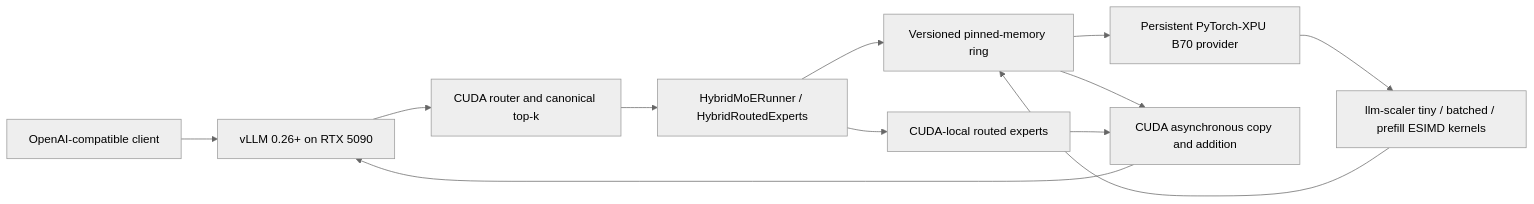
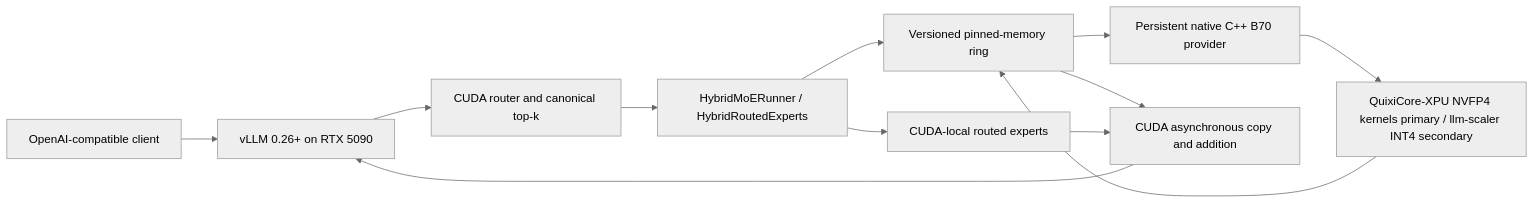
One commit to SRSWTI/shooting-brake changed the diagram in README.md. Above: the diagram before and after it, drawn with Mermaid (neutral theme). The commit also changed other lines of this file and 11 other files, not shown here.

````diff
--- a/README.md
+++ b/README.md
@@ -11,14 +11,14 @@
 ```mermaid
 flowchart LR
     Client[OpenAI-compatible client] --> V[vLLM 0.26+ on RTX 5090]
     V --> R[CUDA router and canonical top-k]
     R --> H[HybridMoERunner / HybridRoutedExperts]
     H --> C[CUDA-local routed experts]
     H --> Ring[Versioned pinned-memory ring]
-    Ring --> P[Persistent PyTorch-XPU B70 provider]
-    P --> K[llm-scaler tiny / batched / prefill ESIMD kernels]
+    Ring --> P[Persistent native C++ B70 provider]
+    P --> K[QuixiCore-XPU NVFP4 kernels primary / llm-scaler INT4 secondary]
     K --> Ring
     Ring --> J[CUDA asynchronous copy and addition]
     C --> J
     J --> V
 ```
````
